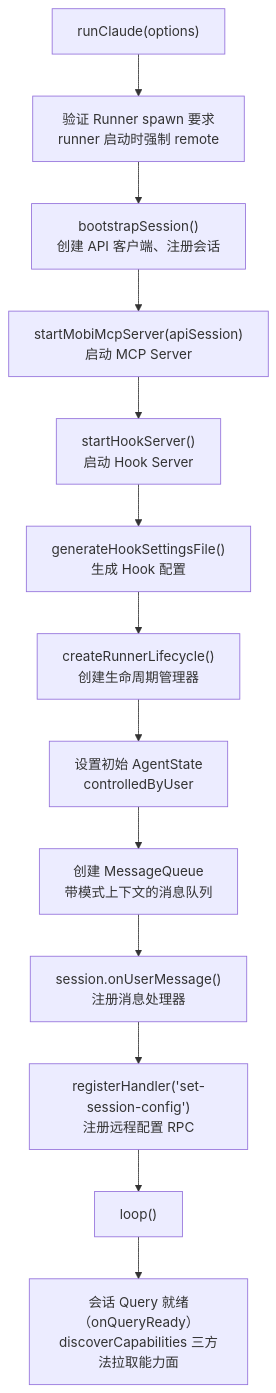
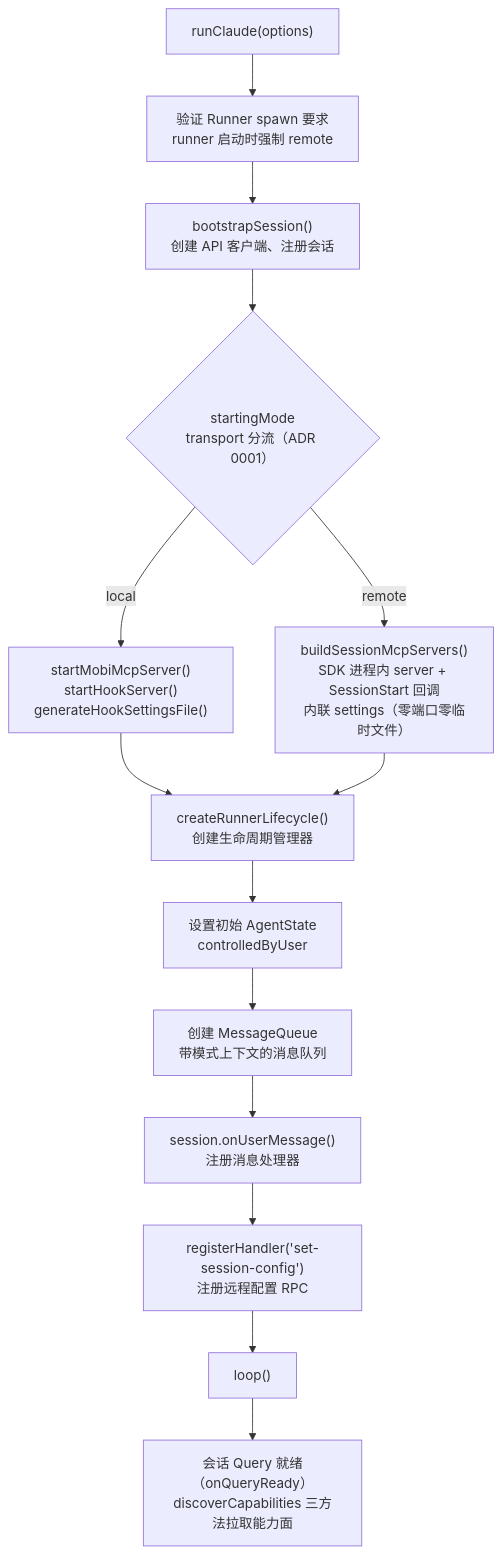
The third of 7 diagrams in docs/architecture/cli/commands/claude/README.md (ModuBit/mobi), drawn with Mermaid before and after one commit. The commit also changed other lines of this file and 4 other files, not shown here.

First line of the commit message:
docs(cli): 架构文档对齐 hook/MCP transport 分流（治理 ticket 03/03）

````diff
--- a/docs/architecture/cli/commands/claude/README.md
+++ b/docs/architecture/cli/commands/claude/README.md
@@ -164,15 +164,16 @@
 ```mermaid
 flowchart TB
     Start["runClaude(options)"] --> Validate["验证 Runner spawn 要求<br/>runner 启动时强制 remote"]
     Validate --> Bootstrap["bootstrapSession()<br/>创建 API 客户端、注册会话"]
-    Bootstrap --> MCP["startMobiMcpServer(apiSession)<br/>启动 MCP Server"]
-    MCP --> Hook["startHookServer()<br/>启动 Hook Server"]
-    Hook --> Settings["generateHookSettingsFile()<br/>生成 Hook 配置"]
-    Settings --> Lifecycle["createRunnerLifecycle()<br/>创建生命周期管理器"]
+    Bootstrap --> Branch{"startingMode<br/>transport 分流（ADR 0001）"}
+    Branch -->|"local"| LocalTransport["startMobiMcpServer()<br/>startHookServer()<br/>generateHookSettingsFile()"]
+    Branch -->|"remote"| RemoteTransport["buildSessionMcpServers()<br/>SDK 进程内 server + SessionStart 回调<br/>内联 settings（零端口零临时文件）"]
+    LocalTransport --> Lifecycle["createRunnerLifecycle()<br/>创建生命周期管理器"]
+    RemoteTransport --> Lifecycle
     Lifecycle --> State["设置初始 AgentState<br/>controlledByUser"]
     State --> Queue["创建 MessageQueue<br/>带模式上下文的消息队列"]
     Queue --> UserMsg["session.onUserMessage()<br/>注册消息处理器"]
     UserMsg --> RPC["registerHandler('set-session-config')<br/>注册远程配置 RPC"]
     RPC --> Loop["loop()"]
     Loop --> Caps["会话 Query 就绪（onQueryReady）<br/>discoverCapabilities 三方法拉取能力面"]
 ```
````
